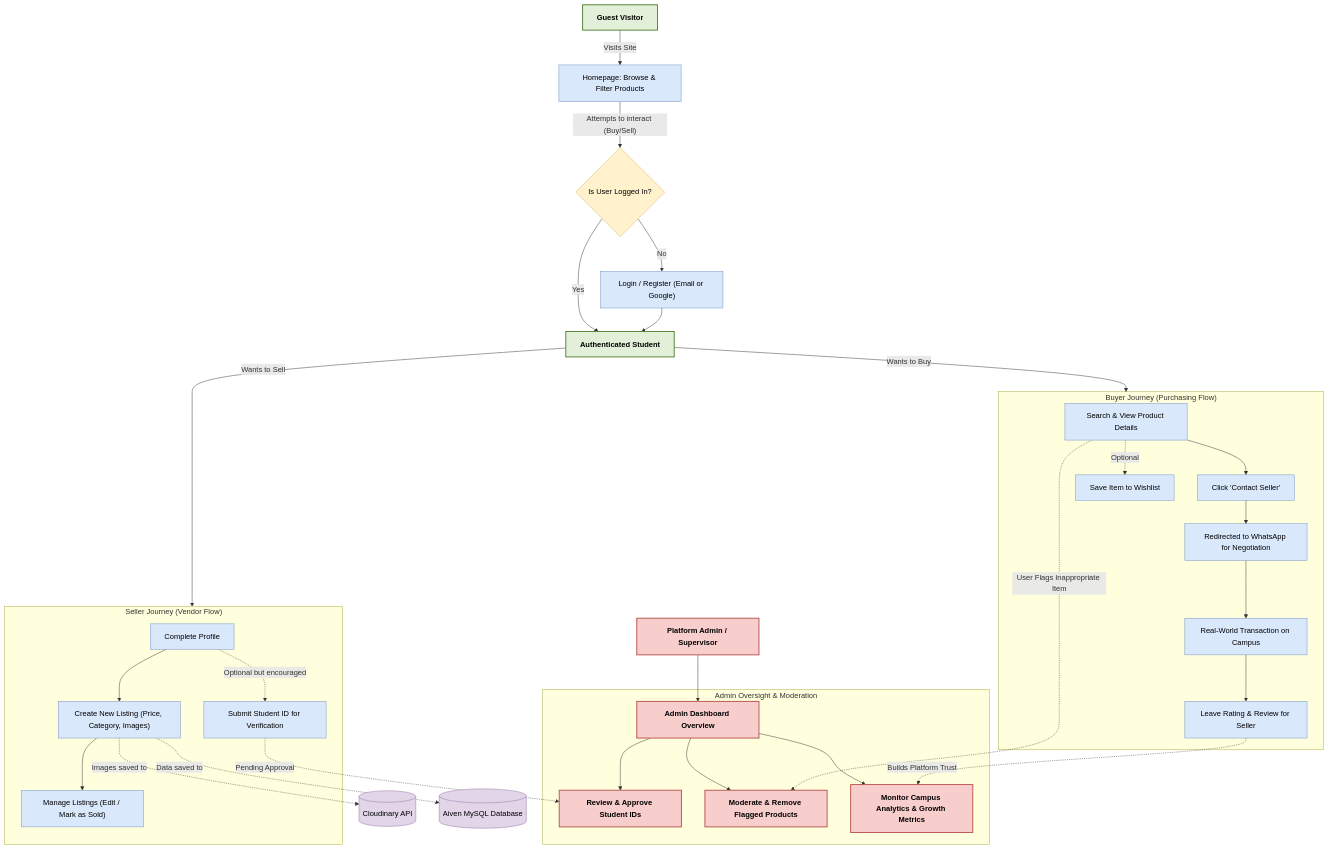
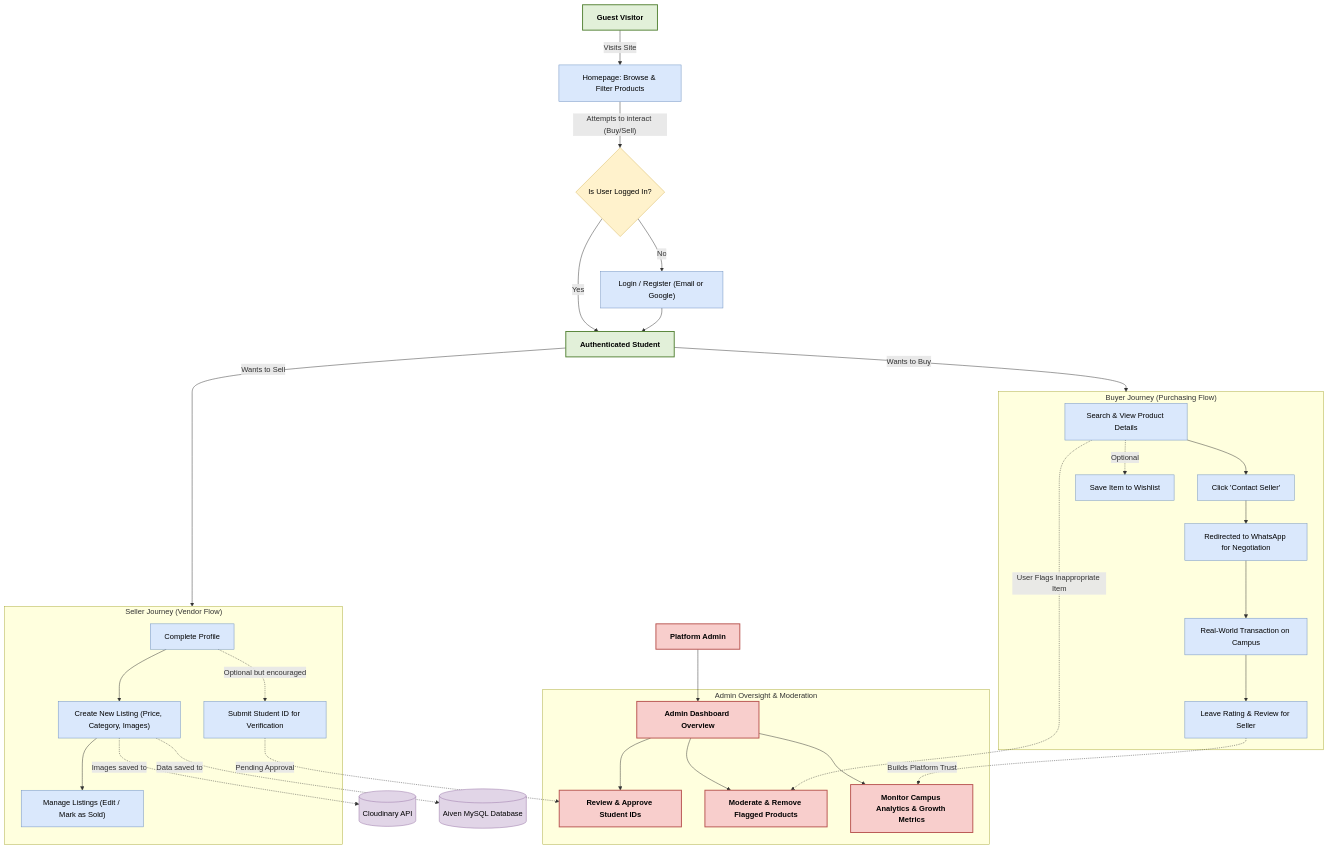
One commit to heyywillz/Sellout changed the first of 9 diagrams in docs/FLOWCHART.md. Above: the diagram before and after it, drawn with Mermaid. The commit also changed other lines of this file, not shown here.

Commit message:
Update flowchart to remove investor framing

````diff
--- a/docs/FLOWCHART.md
+++ b/docs/FLOWCHART.md
@@ -7,75 +7,75 @@
 ```mermaid
 flowchart TD
     %% Define Styles
     classDef default fill:#f9f9f9,stroke:#333,stroke-width:1px,color:#000;
     classDef startNode fill:#e2f0d9,stroke:#548235,stroke-width:2px,color:#000,font-weight:bold;
     classDef actionNode fill:#dae8fc,stroke:#6c8ebf,stroke-width:1px,color:#000;
     classDef adminNode fill:#f8cecc,stroke:#b85450,stroke-width:2px,color:#000,font-weight:bold;
     classDef decisionNode fill:#fff2cc,stroke:#d6b656,stroke-width:1px,color:#000;
     classDef dataNode fill:#e1d5e7,stroke:#9673a6,stroke-width:1px,color:#000;
     
     %% Entry Points
     Guest["Guest Visitor"]:::startNode
     AuthUser["Authenticated Student"]:::startNode
-    Supervisor["Platform Admin / Supervisor"]:::adminNode
+    Admin["Platform Admin"]:::adminNode
 
     %% Initial Interaction
     Guest -->|"Visits Site"| Browse["Homepage: Browse & Filter Products"]:::actionNode
     Browse -->|"Attempts to interact (Buy/Sell)"| CheckLogin{"Is User Logged In?"}:::decisionNode
     CheckLogin -->|"No"| Login["Login / Register (Email or Google)"]:::actionNode
     CheckLogin -->|"Yes"| AuthUser
     Login --> AuthUser
     
     %% Main Dual-Flow for Users
     AuthUser -->|"Wants to Buy"| BuyerJourney
     AuthUser -->|"Wants to Sell"| SellerJourney
     
     %% Buyer Journey Subgraph
     subgraph BuyerJourney ["Buyer Journey (Purchasing Flow)"]
         Search["Search & View Product Details"]:::actionNode
         Contact["Click 'Contact Seller'"]:::actionNode
         WhatsApp["Redirected to WhatsApp for Negotiation"]:::actionNode
         Transaction["Real-World Transaction on Campus"]:::actionNode
         Review["Leave Rating & Review for Seller"]:::actionNode
         
         Search --> Contact
         Search -.->|"Optional"| Favorite["Save Item to Wishlist"]:::actionNode
         Contact --> WhatsApp
         WhatsApp --> Transaction
         Transaction --> Review
     end
     
     %% Seller Journey Subgraph
     subgraph SellerJourney ["Seller Journey (Vendor Flow)"]
         Profile["Complete Profile"]:::actionNode
         Verify["Submit Student ID for Verification"]:::actionNode
         UploadProduct["Create New Listing (Price, Category, Images)"]:::actionNode
         ManageListings["Manage Listings (Edit / Mark as Sold)"]:::actionNode
         
         Profile --> UploadProduct
         Profile -.->|"Optional but encouraged"| Verify
         UploadProduct --> ManageListings
     end
     
     %% Data Storage Indicators
     UploadProduct -.->|"Images saved to"| Cloudinary[("Cloudinary API")]:::dataNode
     UploadProduct -.->|"Data saved to"| DB[("Aiven MySQL Database")]:::dataNode
     
     %% Admin Workflow Subgraph
     subgraph AdminOversight ["Admin Oversight & Moderation"]
         Dashboard["Admin Dashboard Overview"]:::adminNode
         VerifyIDs["Review & Approve Student IDs"]:::adminNode
         ModProducts["Moderate & Remove Flagged Products"]:::adminNode
         Analytics["Monitor Campus Analytics & Growth Metrics"]:::adminNode
         
         Dashboard --> VerifyIDs
         Dashboard --> ModProducts
         Dashboard --> Analytics
     end
     
     %% Connect User actions to Admin oversight
-    Supervisor --> Dashboard
+    Admin --> Dashboard
     Verify -.->|"Pending Approval"| VerifyIDs
     Review -.->|"Builds Platform Trust"| Analytics
     Search -.->|"User Flags Inappropriate Item"| ModProducts
 ```
````
